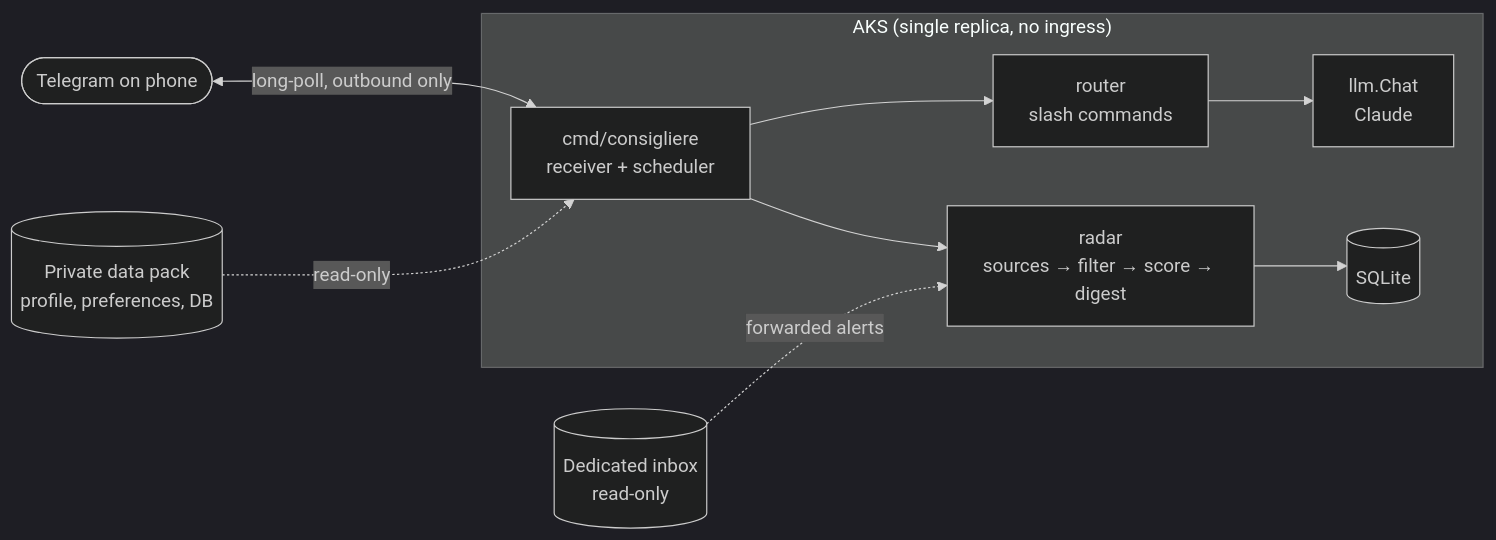
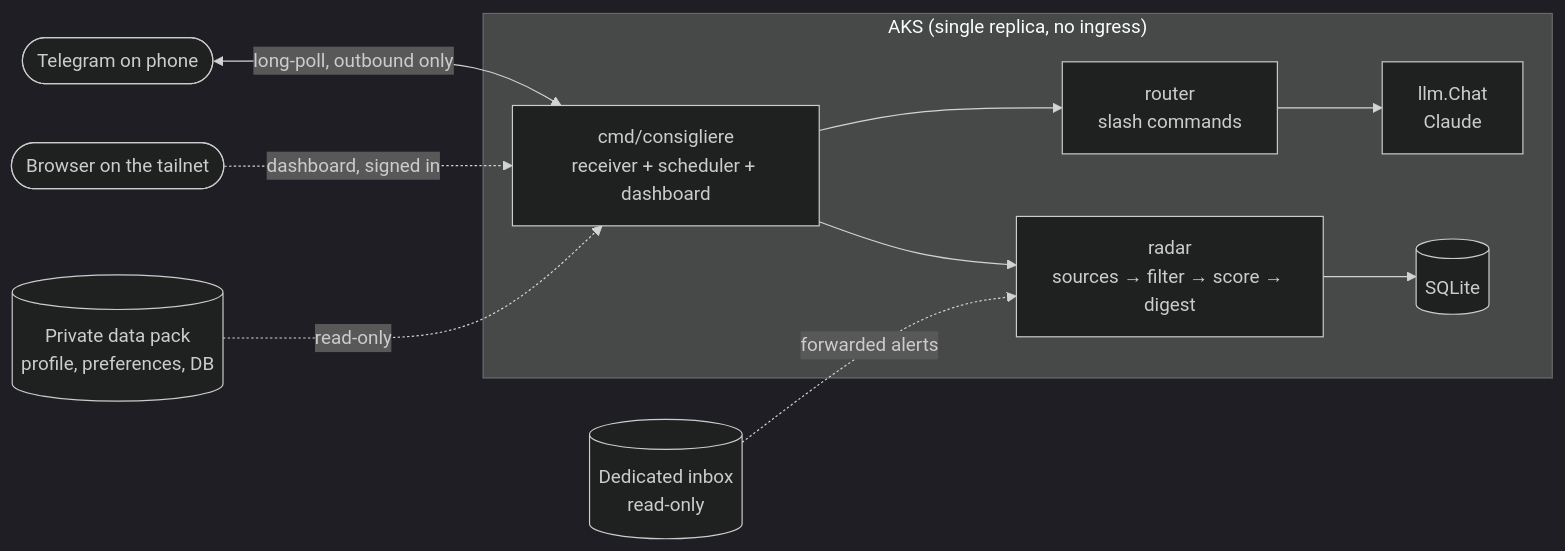
The diagram in README.md (ahpalmer/Consigliere), drawn with Mermaid (dark theme) before and after one commit. The commit also changed other lines of this file and 40 other files, not shown here.

````diff
--- a/README.md
+++ b/README.md
@@ -7,13 +7,14 @@
 ```mermaid
 flowchart LR
     phone([Telegram on phone]) <-- long-poll, outbound only --> host
+    browser([Browser on the tailnet]) -. dashboard, signed in .-> host
     subgraph AKS["AKS (single replica, no ingress)"]
-        host[cmd/consigliere<br/>receiver + scheduler]
+        host[cmd/consigliere<br/>receiver + scheduler + dashboard]
         host --> router[router<br/>slash commands]
         router --> chat[llm.Chat<br/>Claude]
         host --> radar[radar<br/>sources → filter → score → digest]
         radar --> db[(SQLite)]
     end
     pack[(Private data pack<br/>profile, preferences, DB)] -. read-only .-> host
     inbox[(Dedicated inbox<br/>read-only)] -. forwarded alerts .-> radar
 ```
````
